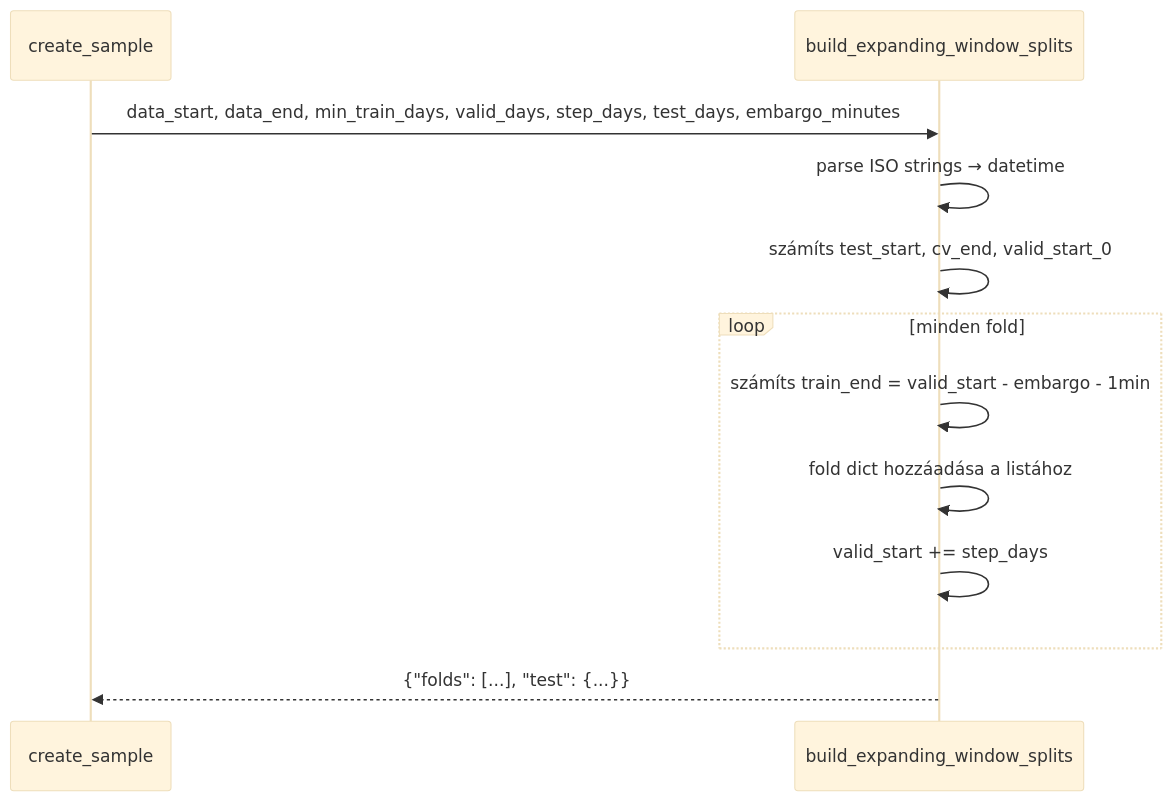
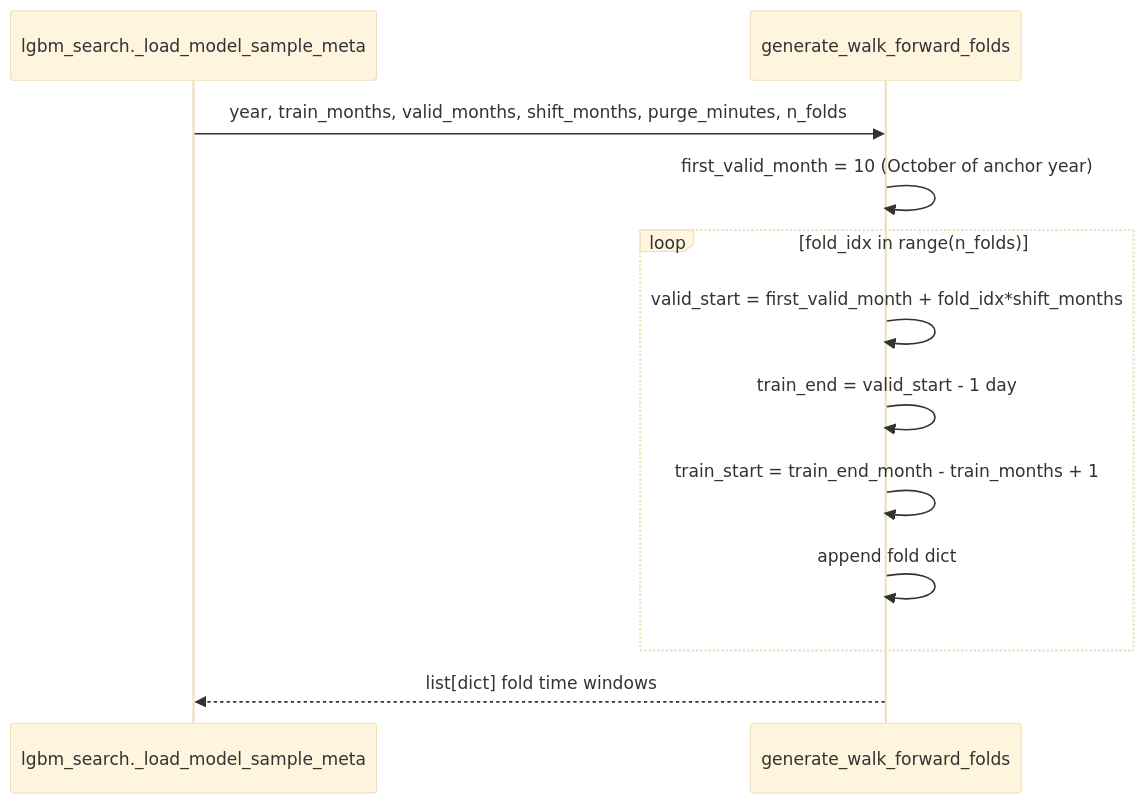
The fifth of 6 diagrams in _doc_/database_and_code_doc/5410_sampling_splits.md (Nemesis14/chronoquant), drawn with Mermaid (base theme) before and after one commit. The commit also changed other lines of this file and 170 other files, not shown here.

````diff
--- a/_doc_/database_and_code_doc/5410_sampling_splits.md
+++ b/_doc_/database_and_code_doc/5410_sampling_splits.md
@@ -41,14 +116,14 @@
 ```mermaid
 sequenceDiagram
-  participant C as create_sample
-  participant S as build_expanding_window_splits
-  C ->> S: data_start, data_end, min_train_days, valid_days, step_days, test_days, embargo_minutes
-  S ->> S: parse ISO strings → datetime
-  S ->> S: számíts test_start, cv_end, valid_start_0
-  loop minden fold
-    S ->> S: számíts train_end = valid_start - embargo - 1min
-    S ->> S: fold dict hozzáadása a listához
-    S ->> S: valid_start += step_days
+  participant S as lgbm_search._load_model_sample_meta
+  participant G as generate_walk_forward_folds
+  S ->> G: year, train_months, valid_months, shift_months, purge_minutes, n_folds
+  G ->> G: first_valid_month = 10 (October of anchor year)
+  loop fold_idx in range(n_folds)
+    G ->> G: valid_start = first_valid_month + fold_idx*shift_months
+    G ->> G: train_end = valid_start - 1 day
+    G ->> G: train_start = train_end_month - train_months + 1
+    G ->> G: append fold dict
   end
-  S -->> C: {"folds": [...], "test": {...}}
+  G -->> S: list[dict] fold time windows
 ```
````
